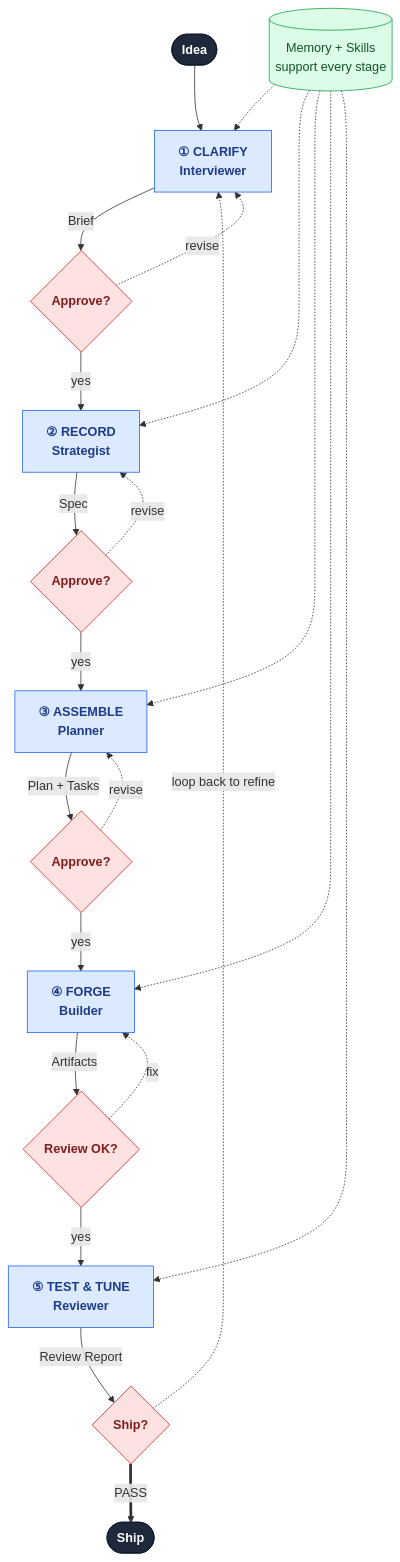
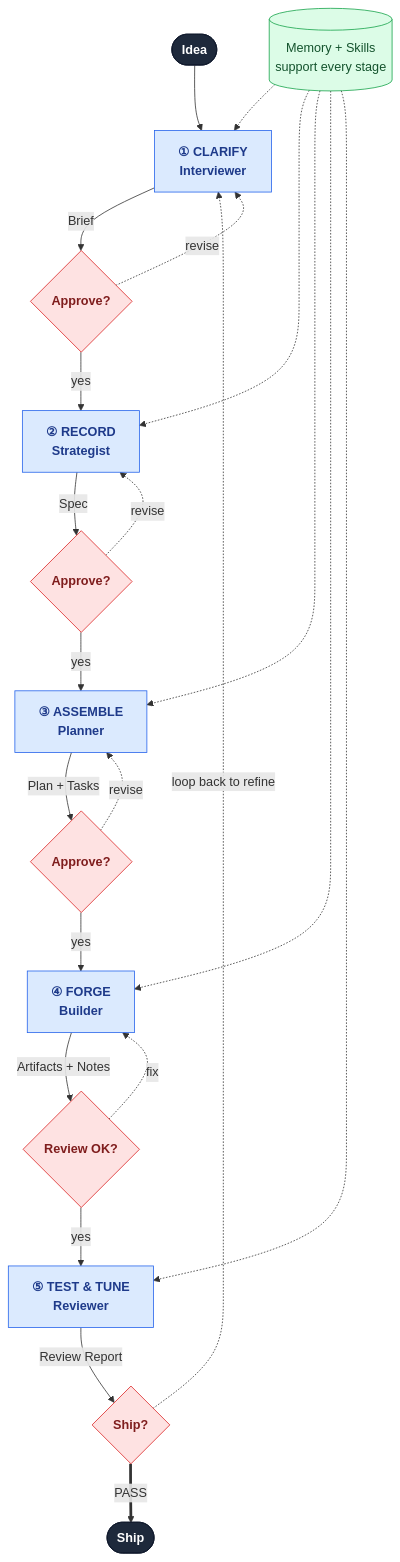
The diagram in mermaid/flow.md (spalanivelu1989/craft-marketplace), drawn with Mermaid before and after one commit.

Commit message:
few updates

````diff
--- a/mermaid/flow.md
+++ b/mermaid/flow.md
@@ -1,48 +1,48 @@
 ```mermaid
 %% C.R.A.F.T. Framework — Simple Workflow
 %% Clarify -> Record -> Assemble -> Forge -> Test & Tune
 flowchart TD
 
     START([Idea]):::se
 
     C1["① CLARIFY<br/>Interviewer"]:::stage
     C2["② RECORD<br/>Strategist"]:::stage
     C3["③ ASSEMBLE<br/>Planner"]:::stage
     C4["④ FORGE<br/>Builder"]:::stage
     C5["⑤ TEST &amp; TUNE<br/>Reviewer"]:::stage
 
     G1{Approve?}:::gate
     G2{Approve?}:::gate
     G3{Approve?}:::gate
     G4{Review OK?}:::gate
     G5{Ship?}:::gate
 
     SHIP([Ship]):::se
     SUP[("Memory + Skills<br/>support every stage")]:::sup
 
     %% main flow — artifacts move along the arrows
     START --> C1
     C1 -->|"Brief"| G1
     G1 -->|"yes"| C2
     G1 -.->|"revise"| C1
     C2 -->|"Spec"| G2
     G2 -->|"yes"| C3
     G2 -.->|"revise"| C2
     C3 -->|"Plan + Tasks"| G3
     G3 -->|"yes"| C4
     G3 -.->|"revise"| C3
-    C4 -->|"Artifacts"| G4
+    C4 -->|"Artifacts + Notes"| G4
     G4 -->|"yes"| C5
     G4 -.->|"fix"| C4
     C5 -->|"Review Report"| G5
     G5 ==>|"PASS"| SHIP
     G5 -.->|"loop back to refine"| C1
 
     %% supporting layer
     SUP -.-> C1 & C2 & C3 & C4 & C5
 
     classDef se    fill:#1e293b,stroke:#0f172a,color:#ffffff,font-weight:bold
     classDef stage fill:#dbeafe,stroke:#2563eb,color:#1e3a8a,font-weight:bold
     classDef gate  fill:#fee2e2,stroke:#dc2626,color:#7f1d1d,font-weight:bold
     classDef sup   fill:#dcfce7,stroke:#16a34a,color:#14532d
 ```
````
